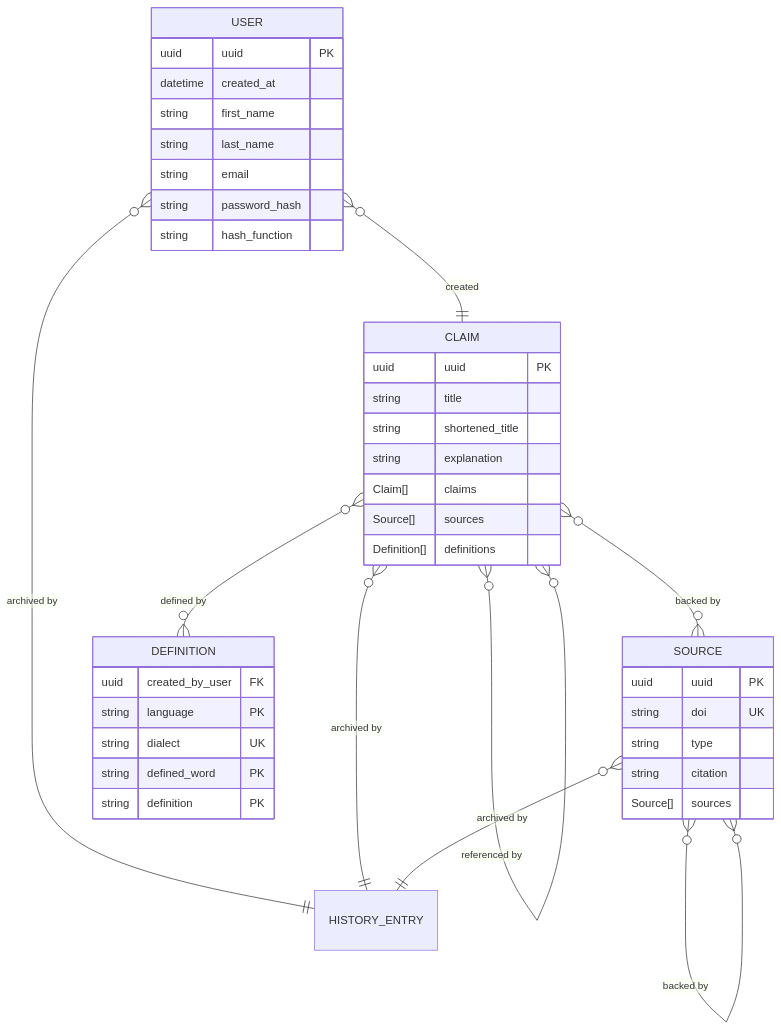
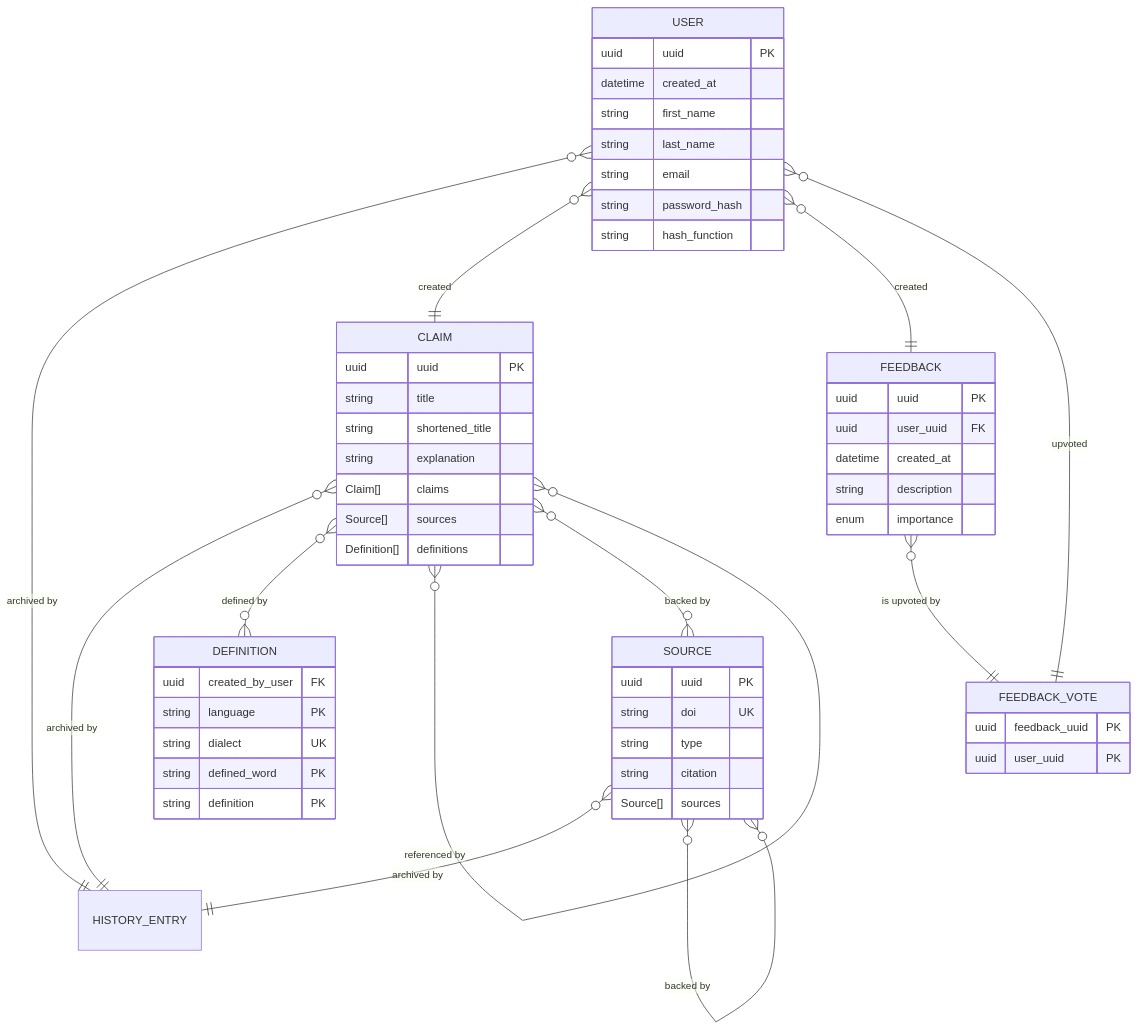
Before and after one commit to Goga-Barabadze/shelley: the diagram in docs/implementation/data-structure.md, drawn with Mermaid. The commit also changed 1 other file, not shown here.

Commit message:
docs: add feedback tables to data structure

````diff
--- a/docs/implementation/data-structure.md
+++ b/docs/implementation/data-structure.md
@@ -3,49 +3,67 @@
 ```mermaid
 erDiagram
     USER {
         uuid uuid PK
         datetime created_at
         string first_name
         string last_name
         string email
         string password_hash
         string hash_function
     }
 
     CLAIM {
         uuid uuid PK
         string title
         string shortened_title
         string explanation
         Claim[] claims
         Source[] sources
         Definition[] definitions
     }
 
     SOURCE {
         uuid uuid PK
         string doi UK
         string type
         string citation
         Source[] sources
     }
 
     DEFINITION {
         uuid created_by_user FK
         string language PK
         string dialect UK
         string defined_word PK
         string definition PK
     }
 
     HISTORY_ENTRY {}
 
+    FEEDBACK {
+        uuid uuid PK
+        uuid user_uuid FK
+        datetime created_at
+        string description
+        enum importance
+    }
+
+    FEEDBACK_VOTE {
+        uuid feedback_uuid PK
+        uuid user_uuid PK
+    }
+
     USER }o--|| HISTORY_ENTRY : "archived by"
-    USER }o--|| CLAIM : created
+    USER }o--|| CLAIM : "created"
+    
+    USER }o--|| FEEDBACK : "created"
+    USER }o--|| FEEDBACK_VOTE : "upvoted"
+    FEEDBACK }o--|| FEEDBACK_VOTE : "is upvoted by"
+    
     CLAIM }o--|| HISTORY_ENTRY : "archived by"
     SOURCE }o--|| HISTORY_ENTRY : "archived by"
     CLAIM }o--o{ DEFINITION : "defined by"
     CLAIM }o--o{ CLAIM : "referenced by"
     CLAIM }o--o{ SOURCE : "backed by"
     SOURCE }o--o{ SOURCE : "backed by"
 ```
````
